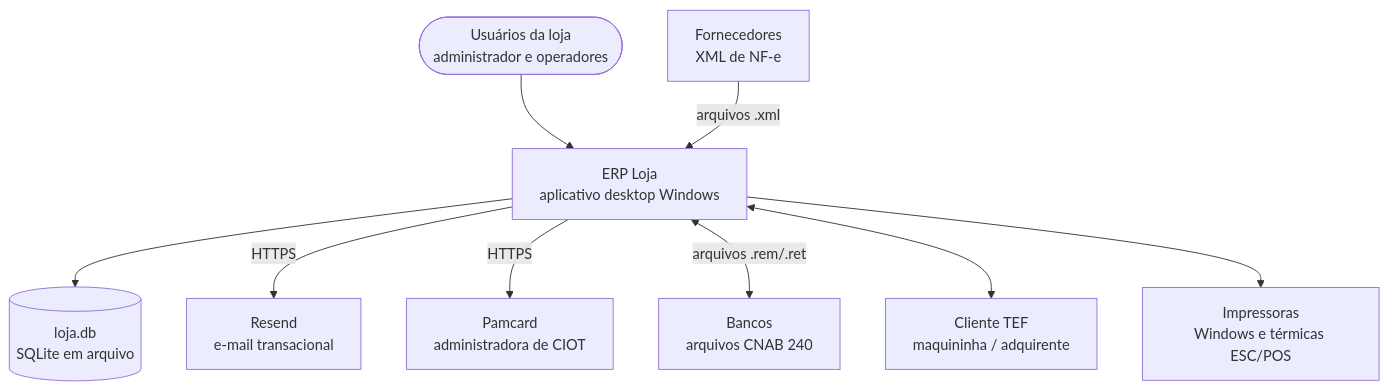
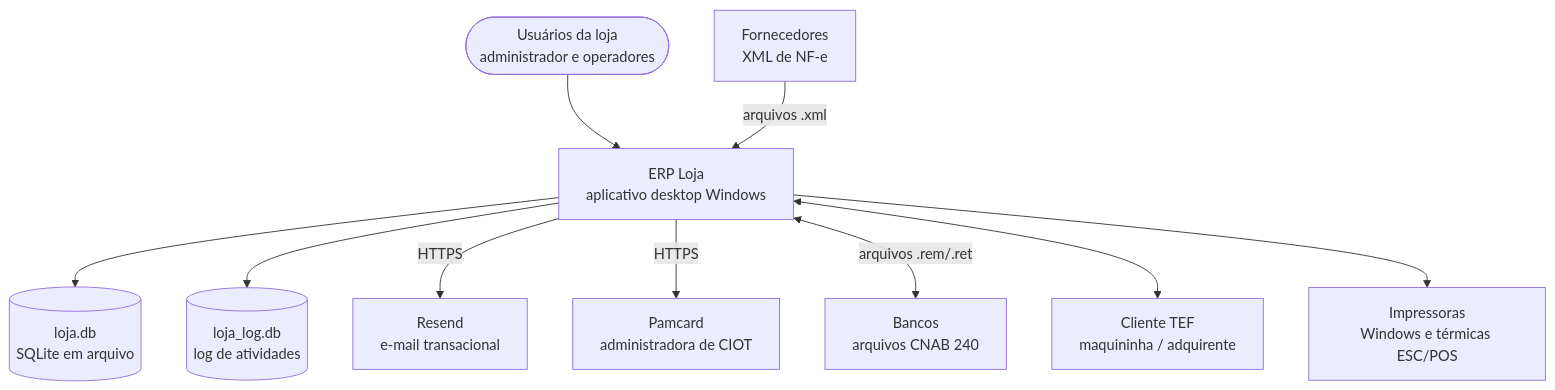
One commit to thales-fratarcangeli/erp_completo changed the first of 3 diagrams in docs/05-arquitetura.md. Above: the diagram before and after it, drawn with Mermaid. The commit also changed other lines of this file and 9 other files, not shown here.

````diff
--- a/docs/05-arquitetura.md
+++ b/docs/05-arquitetura.md
@@ -11,20 +11,22 @@
 ```mermaid
 flowchart TB
     usuario([Usuários da loja<br/>administrador e operadores])
     erp[ERP Loja<br/>aplicativo desktop Windows]
     db[(loja.db<br/>SQLite em arquivo)]
+    log[(loja_log.db<br/>log de atividades)]
     resend[Resend<br/>e-mail transacional]
     pamcard[Pamcard<br/>administradora de CIOT]
     banco[Bancos<br/>arquivos CNAB 240]
     forn[Fornecedores<br/>XML de NF-e]
     tef[Cliente TEF<br/>maquininha / adquirente]
     imp[Impressoras<br/>Windows e térmicas ESC/POS]
     usuario --> erp
     erp --> db
+    erp --> log
     erp -->|HTTPS| resend
     erp -->|HTTPS| pamcard
     erp <-->|arquivos .rem/.ret| banco
     forn -->|arquivos .xml| erp
     erp <--> tef
     erp --> imp
 ```
````
